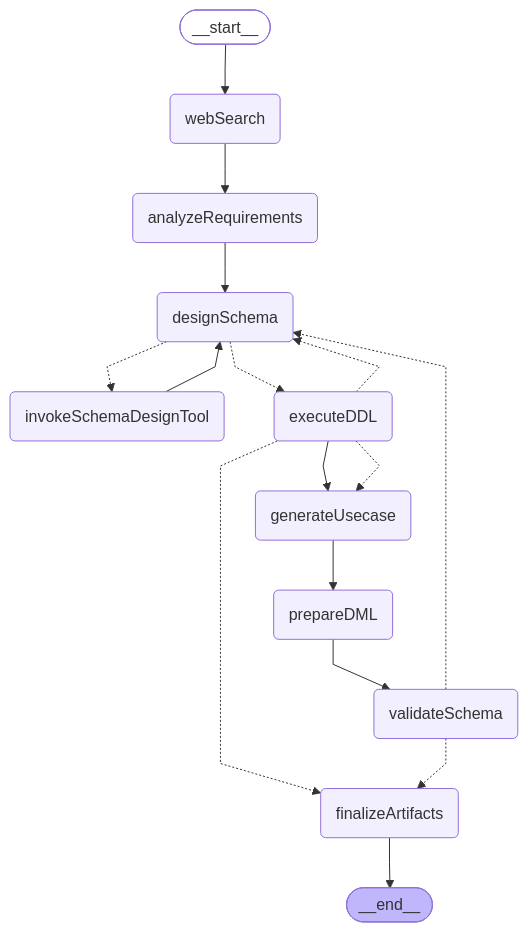
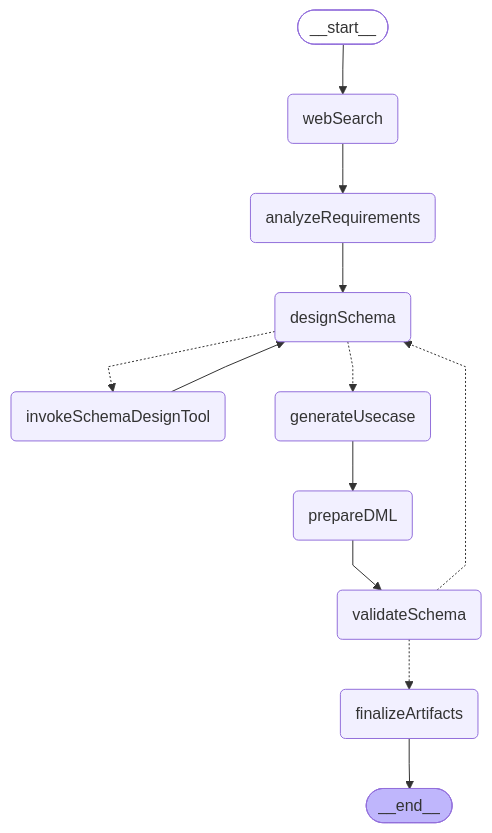
Before and after one commit to yzkee/liam: the diagram in frontend/internal-packages/agent/src/chat/workflow/README.md, drawn with Mermaid. The commit also changed other lines of this file and 5 other files, not shown here.

````diff
--- a/frontend/internal-packages/agent/src/chat/workflow/README.md
+++ b/frontend/internal-packages/agent/src/chat/workflow/README.md
@@ -7,33 +7,28 @@
 ```mermaid
 %%{init: {'flowchart': {'curve': 'linear'}}}%%
 graph TD;
 	__start__([<p>__start__</p>]):::first
 	webSearch(webSearch)
 	analyzeRequirements(analyzeRequirements)
 	designSchema(designSchema)
 	invokeSchemaDesignTool(invokeSchemaDesignTool)
-	executeDDL(executeDDL)
 	generateUsecase(generateUsecase)
 	prepareDML(prepareDML)
 	validateSchema(validateSchema)
 	finalizeArtifacts(finalizeArtifacts)
 	__end__([<p>__end__</p>]):::last
 	__start__ --> webSearch;
 	analyzeRequirements --> designSchema;
-	executeDDL --> generateUsecase;
 	finalizeArtifacts --> __end__;
 	generateUsecase --> prepareDML;
 	invokeSchemaDesignTool --> designSchema;
 	prepareDML --> validateSchema;
 	webSearch --> analyzeRequirements;
 	designSchema -.-> invokeSchemaDesignTool;
-	designSchema -.-> executeDDL;
-	executeDDL -.-> designSchema;
-	executeDDL -.-> finalizeArtifacts;
-	executeDDL -.-> generateUsecase;
+	designSchema -.-> generateUsecase;
 	validateSchema -.-> designSchema;
 	validateSchema -.-> finalizeArtifacts;
 	classDef default fill:#f2f0ff,line-height:1.2;
 	classDef first fill-opacity:0;
 	classDef last fill:#bfb6fc;
 ```
````
